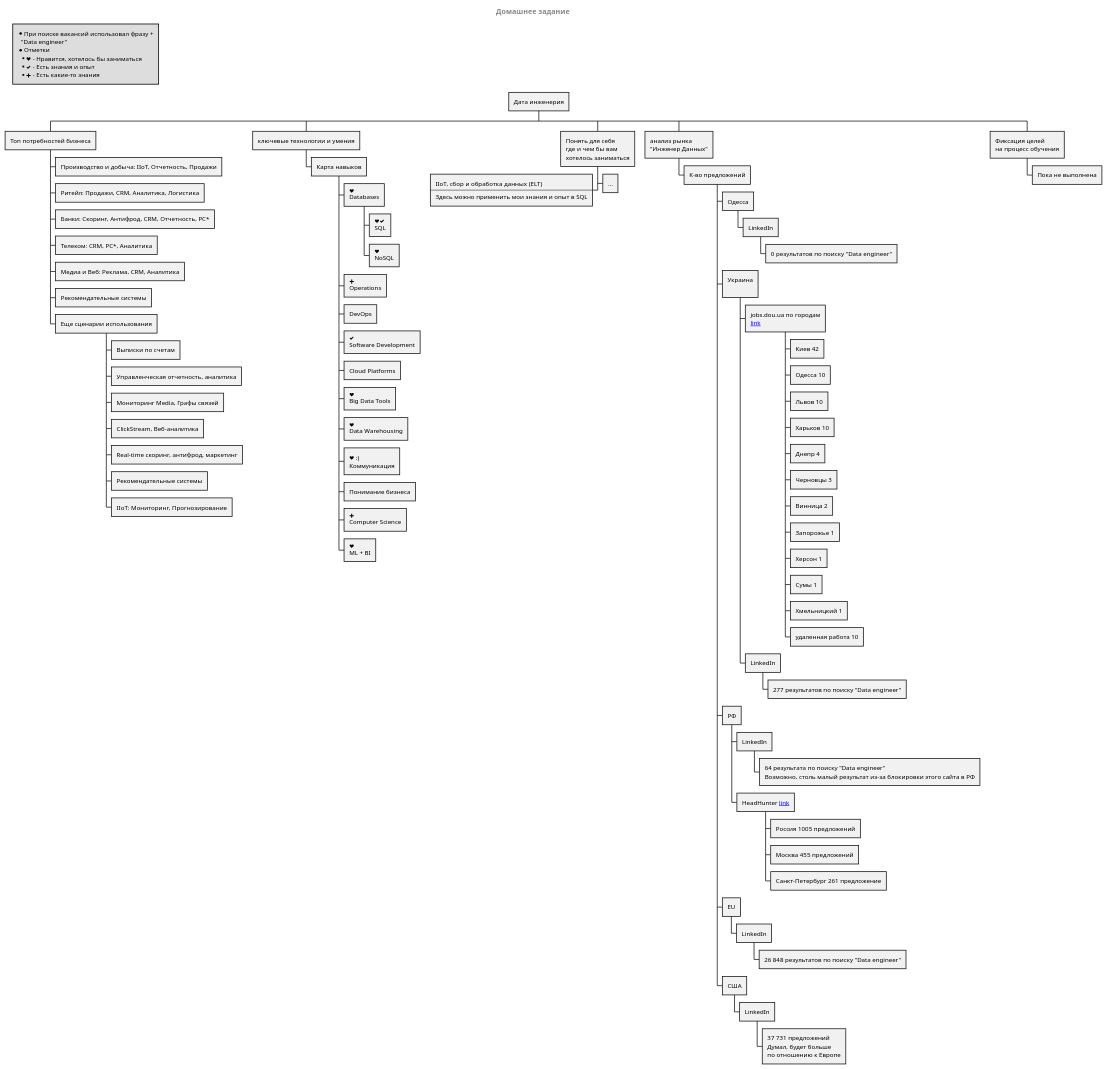
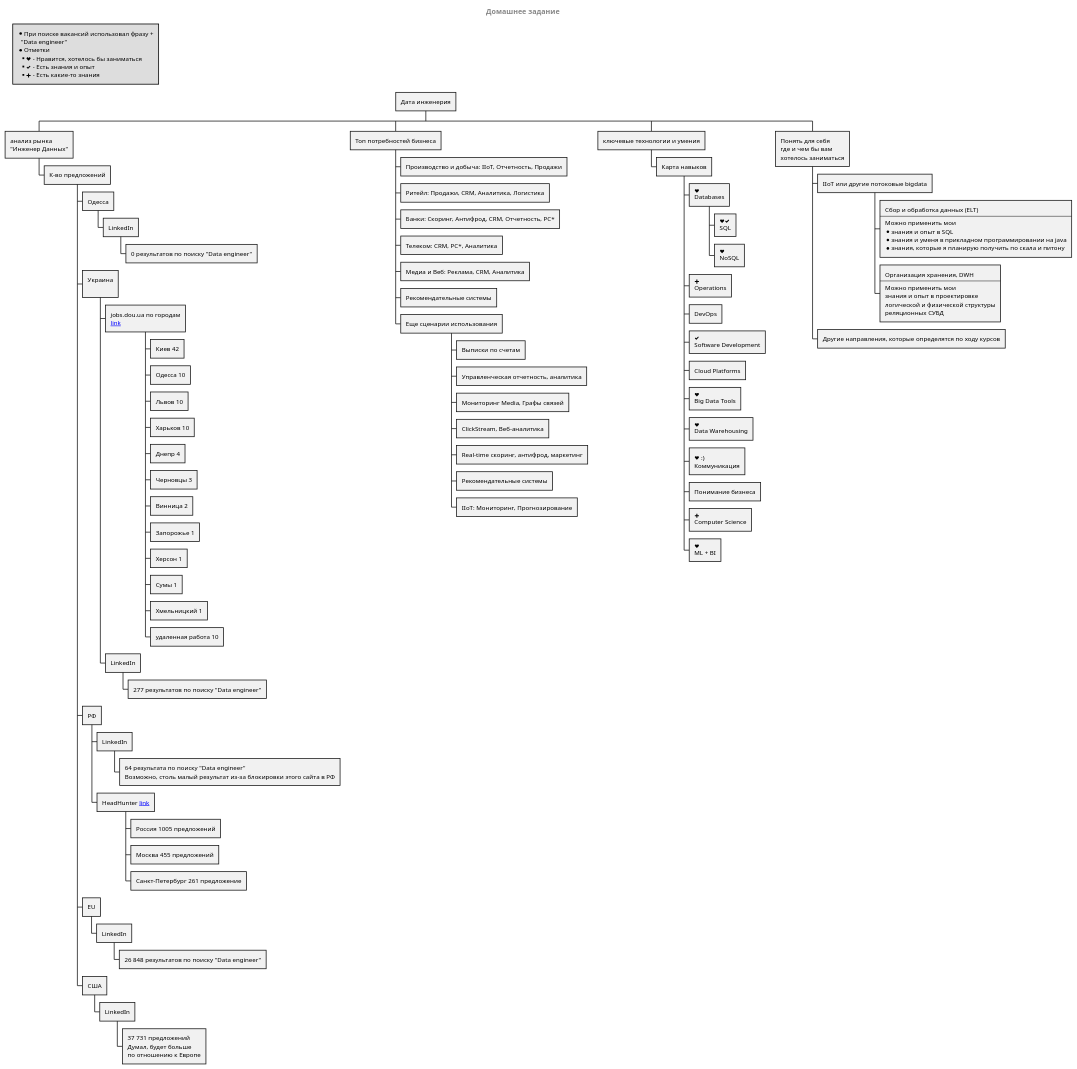
The diagram in home_exercises/ex1/diagram1.puml (tol2000/dataengineerclub), drawn with PlantUML before and after one commit. The commit also changed 1 other file, not shown here.

```diff
--- a/home_exercises/ex1/diagram1.puml
+++ b/home_exercises/ex1/diagram1.puml
@@ -1,92 +1,91 @@
 @startwbs
 
 centerheader
 = Домашнее задание
 endheader
 
 legend top left
 * При поиске вакансий использовал фразу +
   "Data engineer"
 * Отметки
 ** <&heart> - Нравится, хотелось бы заниматься
 ** <&check> - Есть знания и опыт
 ** <&plus> - Есть какие-то знания
 endlegend
 
 * Дата инженерия
-
-** Топ потребностей бизнеса
-*** Производство и добыча: IIoT, Отчетность, Продажи
-*** Ритейл: Продажи, CRM, Аналитика, Логистика
-*** Банки: Скоринг, Антифрод, CRM, Отчетность, РС*
-*** Телеком: CRM, РС*, Аналитика
-*** Медиа и Веб: Реклама, CRM, Аналитика
-*** Рекомендательные системы
-*** Еще сценарии использования
-**** Выписки по счетам
-**** Управленческая отчетность, аналитика
-**** Мониторинг Media, Графы связей
-**** ClickStream, Веб-аналитика
-**** Real-time скоринг, антифрод, маркетинг
-**** Рекомендательные системы
-**** IIoT: Мониторинг, Прогнозирование
-
-** ключевые технологии и умения
-*** Карта навыков
-**** <&heart>\nDatabases
-***** <&heart><&check>\nSQL
-***** <&heart>\nNoSQL
-**** <&plus>\nOperations
-**** DevOps
-**** <&check>\nSoftware Development
-**** Cloud Platforms
-**** <&heart>\nBig Data Tools
-**** <&heart>\nData Warehousing
-**** <&heart> :)\nКоммуникация
-**** Понимание бизнеса
-**** <&plus>\nComputer Science
-**** <&heart>\nML + BI
-
-** Понять для себя\nгде и чем бы вам\nхотелось заниматься
-***< IIoT, сбор и обработка данных (ELT)\n----\nЗдесь можно применить мои знания и опыт в SQL
-***> ...
 
 ** анализ рынка\n"Инженер Данных"
 *** К-во предложений
 **** Одесса
 ***** LinkedIn
 ****** 0 результатов по поиску "Data engineer"
 **** Украина\n
 ***** jobs.dou.ua по городам\n[[link:https://jobs.dou.ua/vacancies/?category=Data+Science&search=Data+engineer&descr=1 link]]
 ****** Киев 42
 ****** Одесса 10
 ****** Львов 10
 ****** Харьков 10
 ****** Днепр 4
 ****** Черновцы 3
 ****** Винница 2
 ****** Запорожье 1
 ****** Херсон 1
 ****** Сумы 1
 ****** Хмельницкий 1
 ****** удаленная работа 10
 ***** LinkedIn
 ****** 277 результатов по поиску "Data engineer"
 **** РФ
 ***** LinkedIn
 ******  64 результата по поиску "Data engineer"\nВозможно, столь малый результат из-за блокировки этого сайта в РФ
 ***** HeadHunter [[https://hh.ru/search/vacancy?area=1&st=searchVacancy&text=Data+engineer link]]
 ****** Россия 1005 предложений
 ****** Москва 455 предложений
 ****** Санкт-Петербург 261 предложение
 **** EU
 ***** LinkedIn
 ****** 26 848 результатов по поиску "Data engineer"
 **** США
 ***** LinkedIn
 ****** 37 731 предложений\nДумал, будет больше\nпо отношению к Европе
 
-** Фиксация целей\nна процесс обучения
-*** Пока не выполнена
+** Топ потребностей бизнеса
+*** Производство и добыча: IIoT, Отчетность, Продажи
+*** Ритейл: Продажи, CRM, Аналитика, Логистика
+*** Банки: Скоринг, Антифрод, CRM, Отчетность, РС*
+*** Телеком: CRM, РС*, Аналитика
+*** Медиа и Веб: Реклама, CRM, Аналитика
+*** Рекомендательные системы
+*** Еще сценарии использования
+**** Выписки по счетам
+**** Управленческая отчетность, аналитика
+**** Мониторинг Media, Графы связей
+**** ClickStream, Веб-аналитика
+**** Real-time скоринг, антифрод, маркетинг
+**** Рекомендательные системы
+**** IIoT: Мониторинг, Прогнозирование
+
+** ключевые технологии и умения
+*** Карта навыков
+**** <&heart>\nDatabases
+***** <&heart><&check>\nSQL
+***** <&heart>\nNoSQL
+**** <&plus>\nOperations
+**** DevOps
+**** <&check>\nSoftware Development
+**** Cloud Platforms
+**** <&heart>\nBig Data Tools
+**** <&heart>\nData Warehousing
+**** <&heart> :)\nКоммуникация
+**** Понимание бизнеса
+**** <&plus>\nComputer Science
+**** <&heart>\nML + BI
+
+** Понять для себя\nгде и чем бы вам\nхотелось заниматься
+*** IIoT или другие потоковые bigdata
+**** Cбор и обработка данных (ELT)\n----\nМожно применить мои\n* знания и опыт в SQL\n* знания и уменя в прикладном программировании на java\n* знания, которые я планирую получить по скала и питону
+**** Организация хранения, DWH\n----\nМожно применить мои\nзнания и опыт в проектировке\nлогической и физической структуры\nреляционных СУБД
+*** Другие направления, которые определятся по ходу курсов
 
 @endwbs
```
